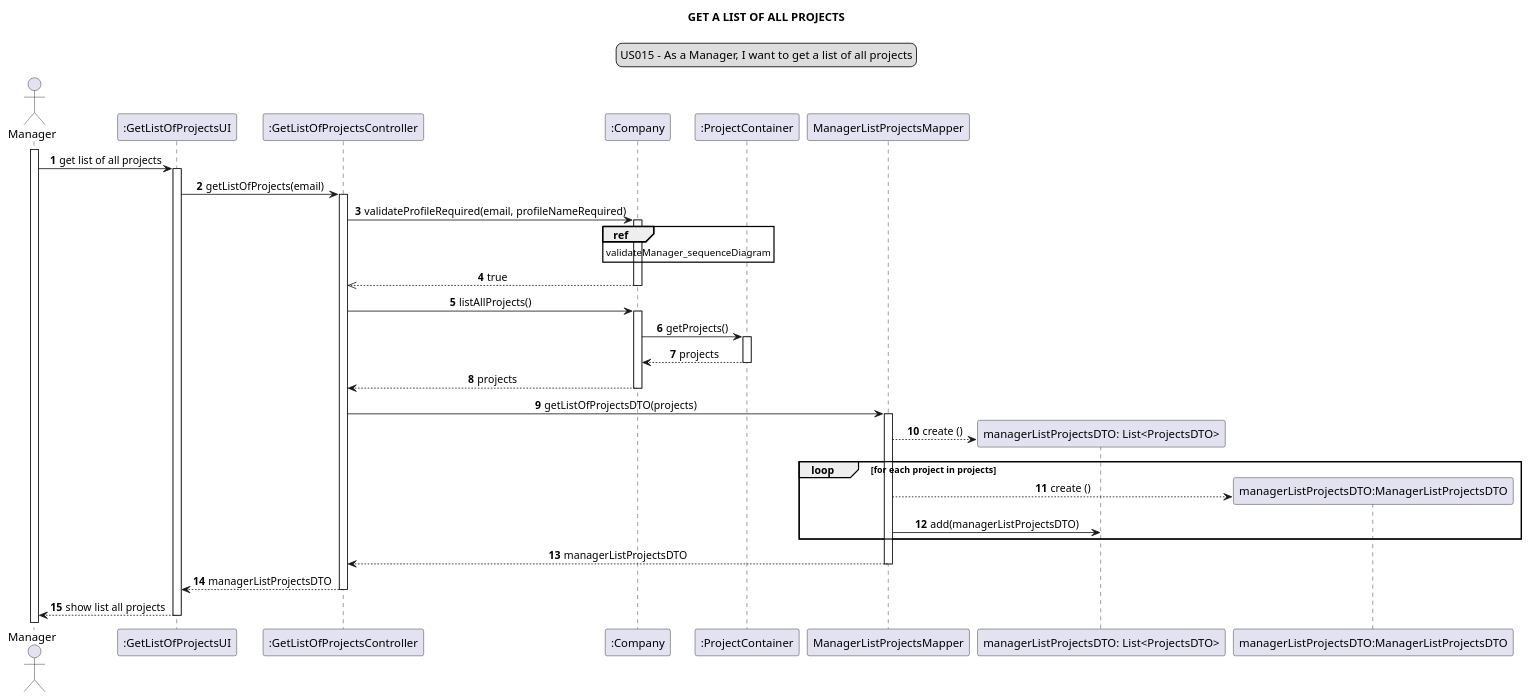
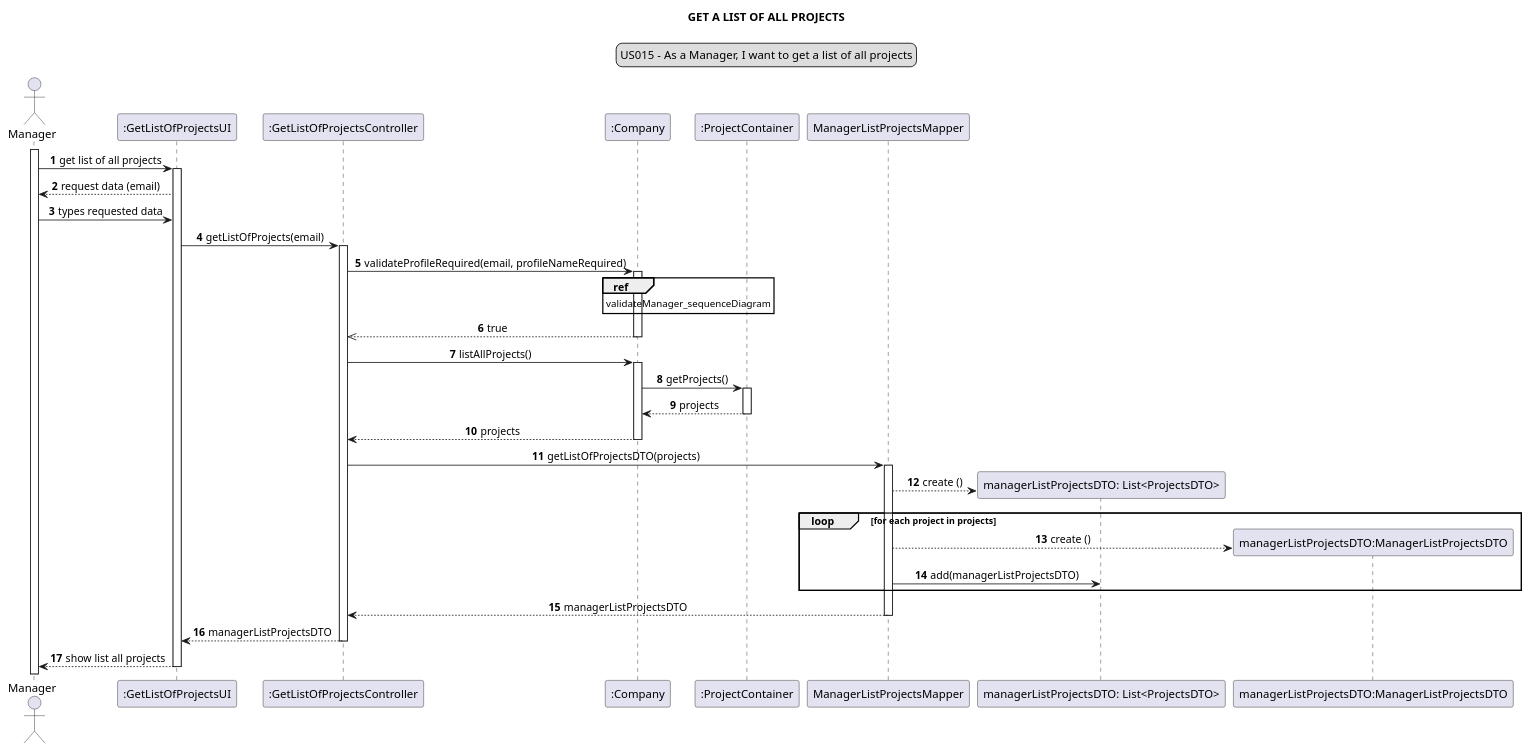
Before and after one commit to Loracline/project_switch_22-23: the diagram in docs/modelling_design/user_stories/sprint02/us015/US015_sequenceDiagram.puml, drawn with PlantUML. The commit also changed 1 other file, not shown here.

Commit message:
classDiagram (general): Design : refinement US015: : Design : refinement of SD

```diff
--- a/docs/modelling_design/user_stories/sprint02/us015/US015_sequenceDiagram.puml
+++ b/docs/modelling_design/user_stories/sprint02/us015/US015_sequenceDiagram.puml
@@ -1,50 +1,52 @@
 @startuml
 skinparam sequenceMessageAlign center
 title GET A LIST OF ALL PROJECTS
 legend top
 US015 - As a Manager, I want to get a list of all projects
 end legend
 autonumber
 actor Manager
 participant ":GetListOfProjectsUI" as ui
 participant ":GetListOfProjectsController" as controller
 participant ":Company" as company
 participant ":ProjectContainer" as pc
 participant "ManagerListProjectsMapper" as mapper
 participant "managerListProjectsDTO: List<ProjectsDTO>" as list
 participant "managerListProjectsDTO:ManagerListProjectsDTO" as DTO
 
 activate Manager
 Manager -> ui: get list of all projects
 activate ui
+ui --> Manager: request data (email)
+Manager -> ui: types requested data
 ui -> controller: getListOfProjects(email)
 activate controller
 controller -> company: validateProfileRequired(email, profileNameRequired)
 activate company
 ref over company: validateManager_sequenceDiagram
 company -->> controller: true
 deactivate company
 controller -> company: listAllProjects()
 activate company
 company -> pc: getProjects()
 activate pc
 pc --> company: projects
 deactivate pc
 company --> controller: projects
 deactivate company
 controller -> mapper: getListOfProjectsDTO(projects)
 activate mapper
 create list
 mapper --> list: create ()
 loop for each project in projects
 create DTO
 mapper --> DTO: create ()
 mapper -> list: add(managerListProjectsDTO)
 end loop
 controller <-- mapper: managerListProjectsDTO
 deactivate mapper
 ui <-- controller: managerListProjectsDTO
 deactivate controller
 ui --> Manager: show list all projects
 deactivate ui
 @enduml
```
